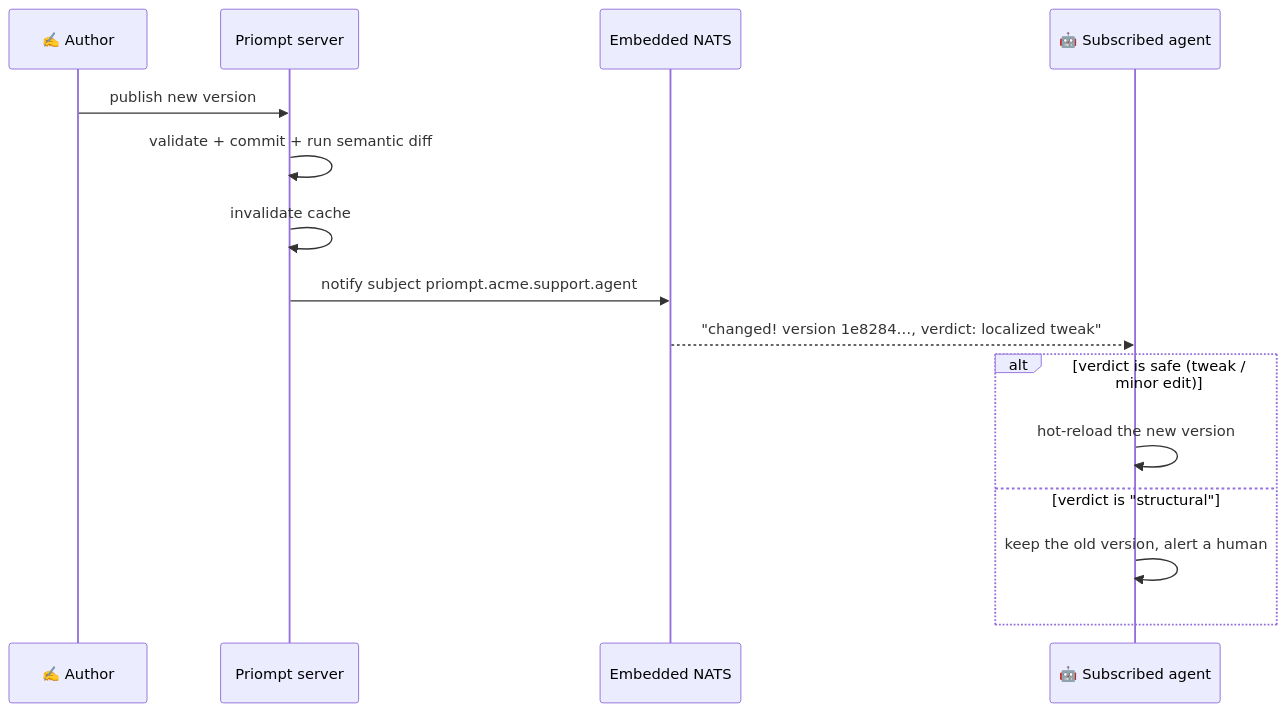
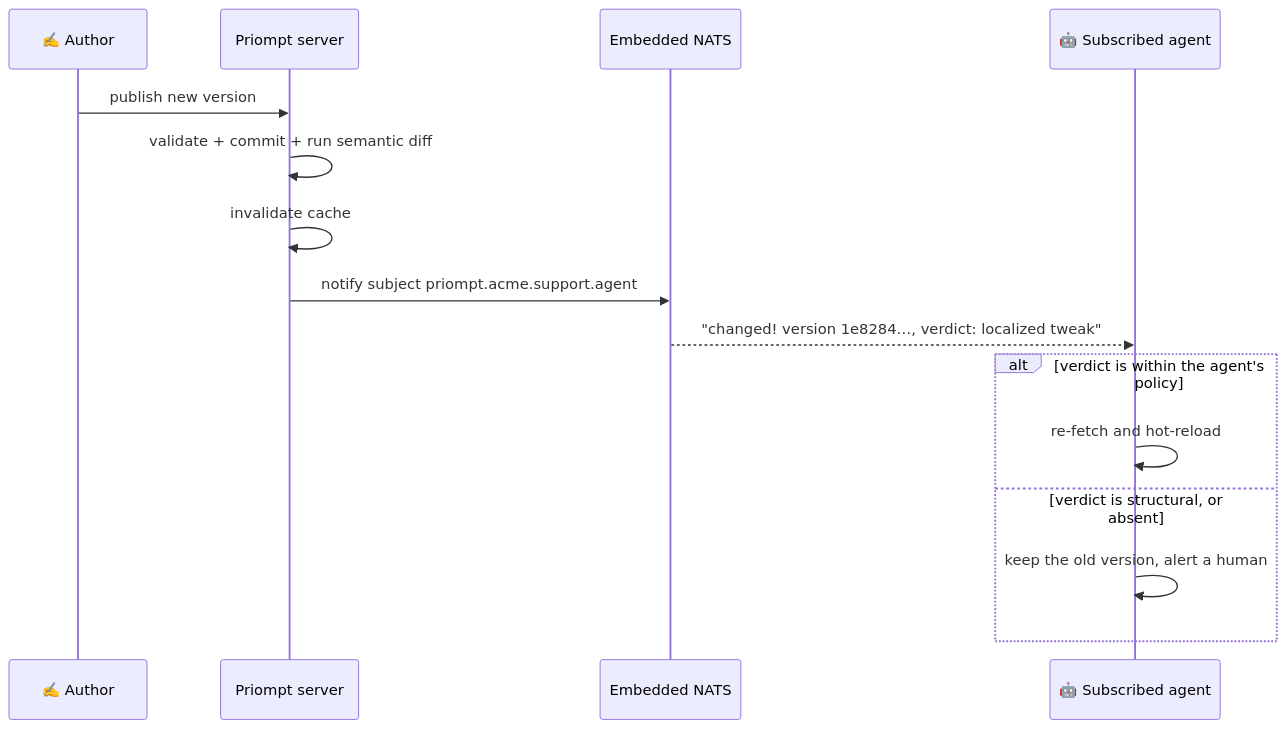
The fourth of 7 diagrams in README.md (priompt/priompt), drawn with Mermaid before and after one commit. The commit also changed other lines of this file, not shown here.

First line of the commit message:
Describe the verdict as spread, not safety

````diff
--- a/README.md
+++ b/README.md
@@ -283,18 +283,18 @@
 ```mermaid
 sequenceDiagram
     participant W as ✍️ Author
     participant S as Priompt server
     participant N as Embedded NATS
     participant A as 🤖 Subscribed agent
 
     W->>S: publish new version
     S->>S: validate + commit + run semantic diff
     S->>S: invalidate cache
     S->>N: notify subject priompt.acme.support.agent
     N-->>A: "changed! version 1e8284…, verdict: localized tweak"
-    alt verdict is safe (tweak / minor edit)
-        A->>A: hot-reload the new version
-    else verdict is "structural"
+    alt verdict is within the agent's policy
+        A->>A: re-fetch and hot-reload
+    else verdict is structural, or absent
         A->>A: keep the old version, alert a human
     end
 ```
````
